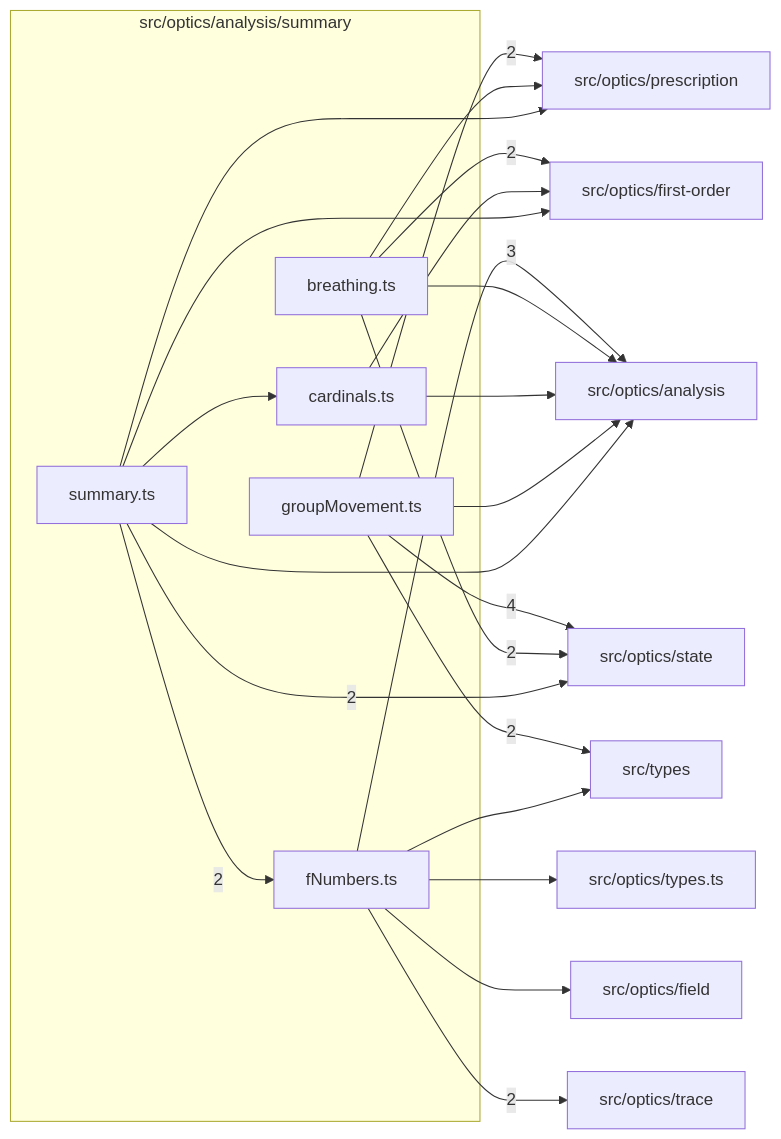
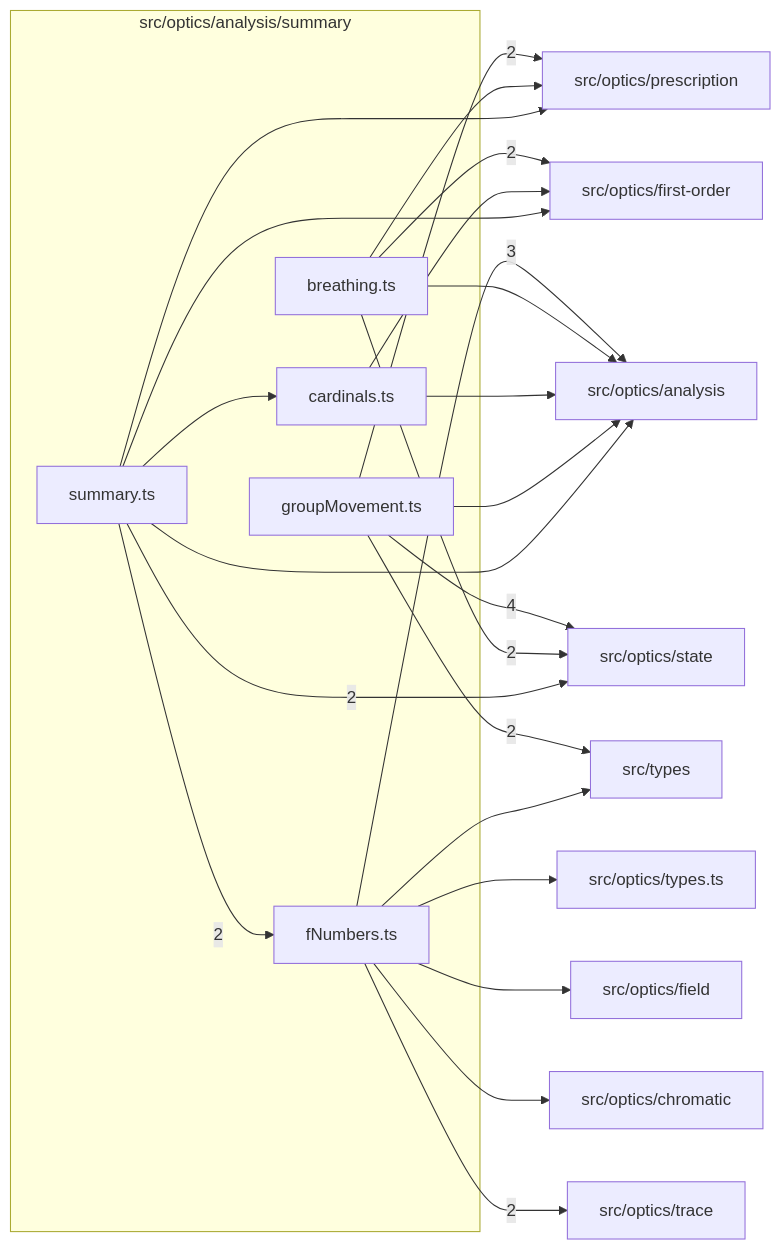
Before and after one commit to ronbuening/LensVisualizer: the diagram in src/optics/analysis/summary/readme.md, drawn with Mermaid. The commit also changed other lines of this file and 5 other files, not shown here.

````diff
--- a/src/optics/analysis/summary/readme.md
+++ b/src/optics/analysis/summary/readme.md
@@ -9,39 +9,41 @@
 ```mermaid
 flowchart LR
   subgraph n_src_optics_analysis_summary["src/optics/analysis/summary"]
     n_src_optics_analysis_summary_src_optics_analysis_summary_breathing_ts["breathing.ts"]
     n_src_optics_analysis_summary_src_optics_analysis_summary_cardinals_ts["cardinals.ts"]
     n_src_optics_analysis_summary_src_optics_analysis_summary_fNumbers_ts["fNumbers.ts"]
     n_src_optics_analysis_summary_src_optics_analysis_summary_groupMovement_ts["groupMovement.ts"]
     n_src_optics_analysis_summary_src_optics_analysis_summary_summary_ts["summary.ts"]
   end
   n_external_src_optics_state["src/optics/state"]
   n_external_src_optics_analysis["src/optics/analysis"]
   n_external_src_optics_first_order["src/optics/first-order"]
   n_external_src_optics_prescription["src/optics/prescription"]
   n_external_src_optics_trace["src/optics/trace"]
   n_external_src_types["src/types"]
+  n_external_src_optics_chromatic["src/optics/chromatic"]
   n_external_src_optics_field["src/optics/field"]
   n_external_src_optics_types_ts["src/optics/types.ts"]
   n_src_optics_analysis_summary_src_optics_analysis_summary_groupMovement_ts --> |4| n_external_src_optics_state
   n_src_optics_analysis_summary_src_optics_analysis_summary_fNumbers_ts --> |3| n_external_src_optics_analysis
   n_src_optics_analysis_summary_src_optics_analysis_summary_breathing_ts --> |2| n_external_src_optics_first_order
   n_src_optics_analysis_summary_src_optics_analysis_summary_groupMovement_ts --> |2| n_external_src_optics_prescription
   n_src_optics_analysis_summary_src_optics_analysis_summary_breathing_ts --> |2| n_external_src_optics_state
   n_src_optics_analysis_summary_src_optics_analysis_summary_summary_ts --> |2| n_external_src_optics_state
   n_src_optics_analysis_summary_src_optics_analysis_summary_fNumbers_ts --> |2| n_external_src_optics_trace
   n_src_optics_analysis_summary_src_optics_analysis_summary_groupMovement_ts --> |2| n_external_src_types
   n_src_optics_analysis_summary_src_optics_analysis_summary_summary_ts --> |2| n_src_optics_analysis_summary_src_optics_analysis_summary_fNumbers_ts
   n_src_optics_analysis_summary_src_optics_analysis_summary_breathing_ts --> n_external_src_optics_analysis
   n_src_optics_analysis_summary_src_optics_analysis_summary_cardinals_ts --> n_external_src_optics_analysis
   n_src_optics_analysis_summary_src_optics_analysis_summary_groupMovement_ts --> n_external_src_optics_analysis
   n_src_optics_analysis_summary_src_optics_analysis_summary_summary_ts --> n_external_src_optics_analysis
+  n_src_optics_analysis_summary_src_optics_analysis_summary_fNumbers_ts --> n_external_src_optics_chromatic
   n_src_optics_analysis_summary_src_optics_analysis_summary_fNumbers_ts --> n_external_src_optics_field
   n_src_optics_analysis_summary_src_optics_analysis_summary_cardinals_ts --> n_external_src_optics_first_order
   n_src_optics_analysis_summary_src_optics_analysis_summary_summary_ts --> n_external_src_optics_first_order
   n_src_optics_analysis_summary_src_optics_analysis_summary_breathing_ts --> n_external_src_optics_prescription
   n_src_optics_analysis_summary_src_optics_analysis_summary_summary_ts --> n_external_src_optics_prescription
   n_src_optics_analysis_summary_src_optics_analysis_summary_fNumbers_ts --> n_external_src_optics_types_ts
   n_src_optics_analysis_summary_src_optics_analysis_summary_fNumbers_ts --> n_external_src_types
   n_src_optics_analysis_summary_src_optics_analysis_summary_summary_ts --> n_src_optics_analysis_summary_src_optics_analysis_summary_cardinals_ts
 ```
````
